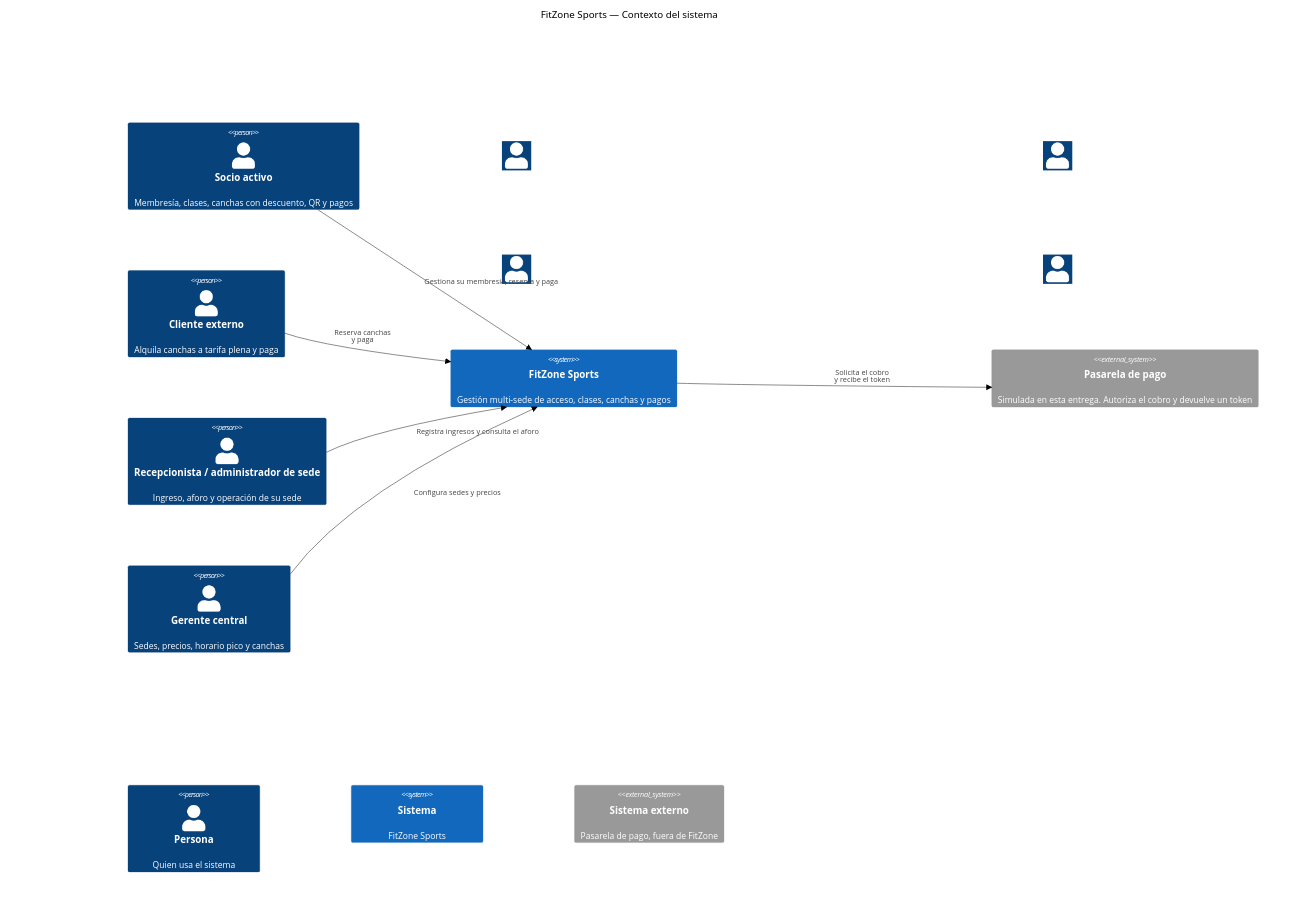
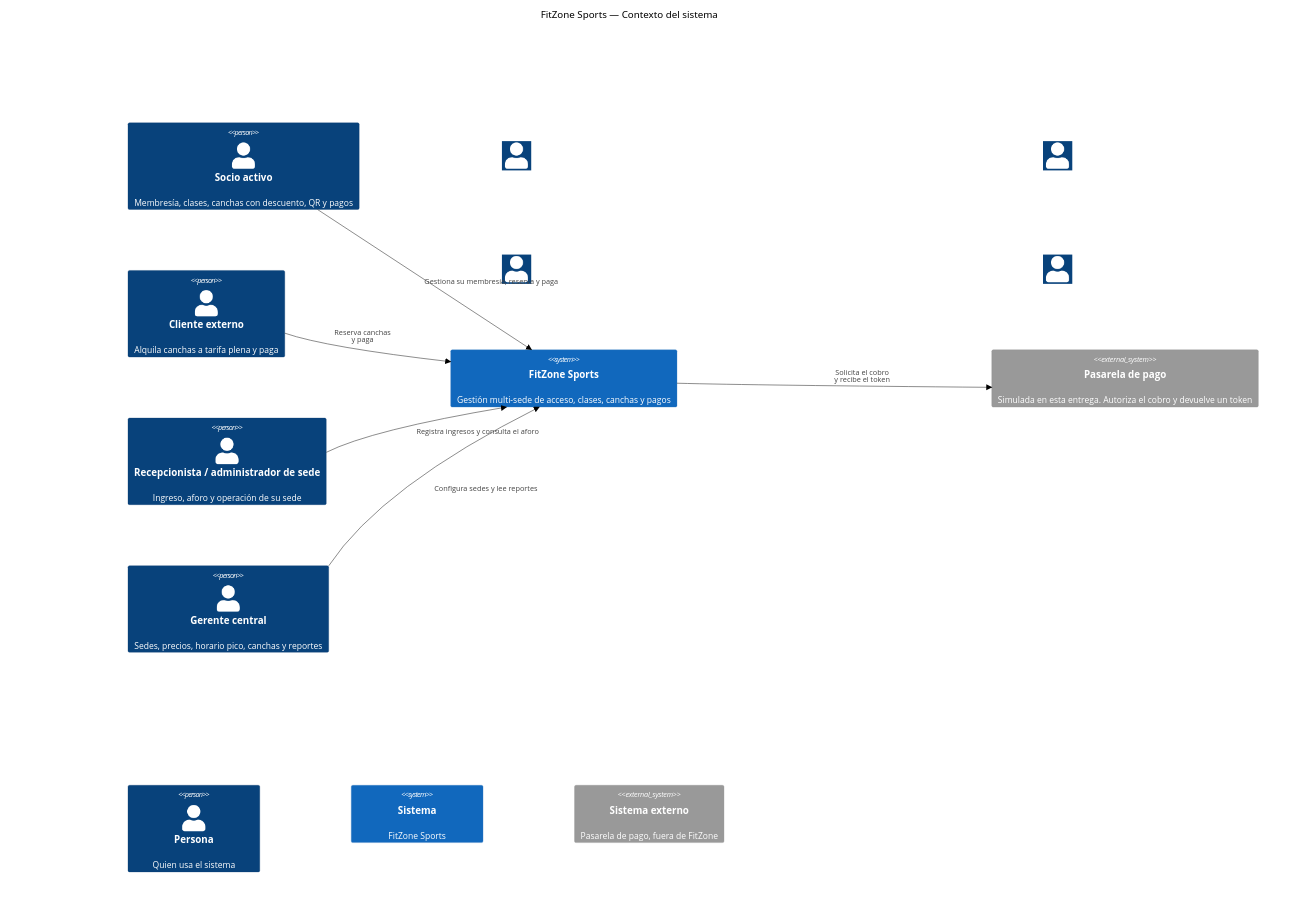
Before and after one commit to PatricioRamos04032000/FitZoneSports: the diagram in docs/diagramas/fuentes/c4-1-contexto.mmd, drawn with Mermaid (neutral theme). The commit also changed 35 other files, not shown here.

First line of the commit message:
C-39: el gerente lee el resumen de la cadena desde una vista.

```diff
--- a/docs/diagramas/fuentes/c4-1-contexto.mmd
+++ b/docs/diagramas/fuentes/c4-1-contexto.mmd
@@ -1,69 +1,69 @@
 C4Context
     title FitZone Sports — Contexto del sistema
 
     UpdateLayoutConfig($c4ShapeInRow="1", $c4BoundaryInRow="4")
 
     Boundary(actores, " ", "") {
         Person(socio, "Socio activo", "Membresía, clases, canchas con descuento, QR y pagos")
         Person(externo, "Cliente externo", "Alquila canchas a tarifa plena y paga")
         Person(recep, "Recepcionista / administrador de sede", "Ingreso, aforo y operación de su sede")
-        Person(gerente, "Gerente central", "Sedes, precios, horario pico y canchas")
+        Person(gerente, "Gerente central", "Sedes, precios, horario pico, canchas y reportes")
     }
 
     Boundary(nucleo, " ", "") {
         Person(hueco, " ", " ")
         Person(huecoB, " ", " ")
         System(fitzone, "FitZone Sports", "Gestión multi-sede de acceso, clases, canchas y pagos")
     }
 
     Boundary(puente, " ", "") {
         System(puenteSys, "············", " ")
     }
 
     Boundary(afuera, " ", "") {
         Person(hueco2, " ", " ")
         Person(hueco2b, " ", " ")
         System_Ext(pasarela, "Pasarela de pago", "Simulada en esta entrega. Autoriza el cobro y devuelve un token")
     }
 
     Boundary(leyendaPersona, " ", "") {
         Person(legPersona, "Persona", "Quien usa el sistema")
     }
 
     Boundary(leyendaSistema, " ", "") {
         System(legSistema, "Sistema", "FitZone Sports")
     }
 
     Boundary(leyendaExterno, " ", "") {
         System_Ext(legExterno, "Sistema externo", "Pasarela de pago, fuera de FitZone")
     }
 
     UpdateElementStyle(actores, $bgColor="none", $fontColor="none", $borderColor="none")
     UpdateElementStyle(nucleo, $bgColor="none", $fontColor="none", $borderColor="none")
     UpdateElementStyle(puente, $bgColor="none", $fontColor="none", $borderColor="none")
     UpdateElementStyle(afuera, $bgColor="none", $fontColor="none", $borderColor="none")
     UpdateElementStyle(leyendaPersona, $bgColor="none", $fontColor="none", $borderColor="none")
     UpdateElementStyle(leyendaSistema, $bgColor="none", $fontColor="none", $borderColor="none")
     UpdateElementStyle(leyendaExterno, $bgColor="none", $fontColor="none", $borderColor="none")
     UpdateElementStyle(hueco, $bgColor="#ffffff", $fontColor="#ffffff", $borderColor="#ffffff")
     UpdateElementStyle(huecoB, $bgColor="#ffffff", $fontColor="#ffffff", $borderColor="#ffffff")
     UpdateElementStyle(hueco2, $bgColor="#ffffff", $fontColor="#ffffff", $borderColor="#ffffff")
     UpdateElementStyle(hueco2b, $bgColor="#ffffff", $fontColor="#ffffff", $borderColor="#ffffff")
     UpdateElementStyle(puenteSys, $bgColor="#ffffff", $fontColor="#ffffff", $borderColor="#ffffff")
 
     Rel_R(socio, fitzone, "Gestiona su membresía, reserva y paga")
     Rel_R(externo, fitzone, "Reserva canchas<br/>y paga")
     Rel_R(recep, fitzone, "Registra ingresos y consulta el aforo")
-    Rel_R(gerente, fitzone, "Configura sedes y precios")
+    Rel_R(gerente, fitzone, "Configura sedes y lee reportes")
     Rel_R(fitzone, pasarela, "Solicita el cobro<br/>y recibe el token")
 
     UpdateRelStyle(externo, fitzone, $offsetX="-55", $offsetY="-22")
     UpdateRelStyle(fitzone, pasarela, $offsetY="-18")
 
 %% Cuatro columnas invisibles: actores, sistema, un hueco y la pasarela.
 %% hueco, huecoB, hueco2 y hueco2b bajan el sistema y la pasarela. puenteSys abre la flecha. No se dibujan.
 %% La segunda fila es la leyenda: persona, sistema y sistema externo.
 %% Autor: Patricio Ramos
-%% Fecha: 2026-11-10 (etiqueta del gerente, 2026-11-14, C-29)
+%% Fecha: 2026-11-10 (etiqueta del gerente, 2026-11-14, C-29; reportes, 2026-11-18, C-39)
 %% Versión: 1.1
 %% Nota: la pasarela de esta entrega no es un proveedor externo real; ver ADR-010.
```
